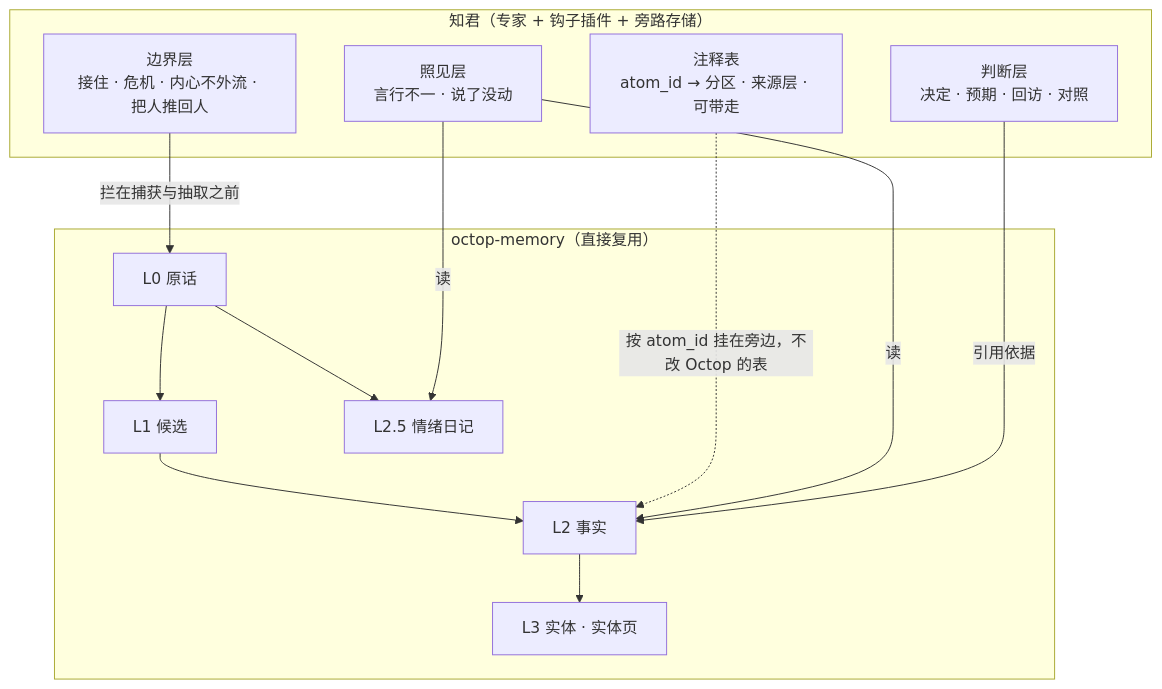
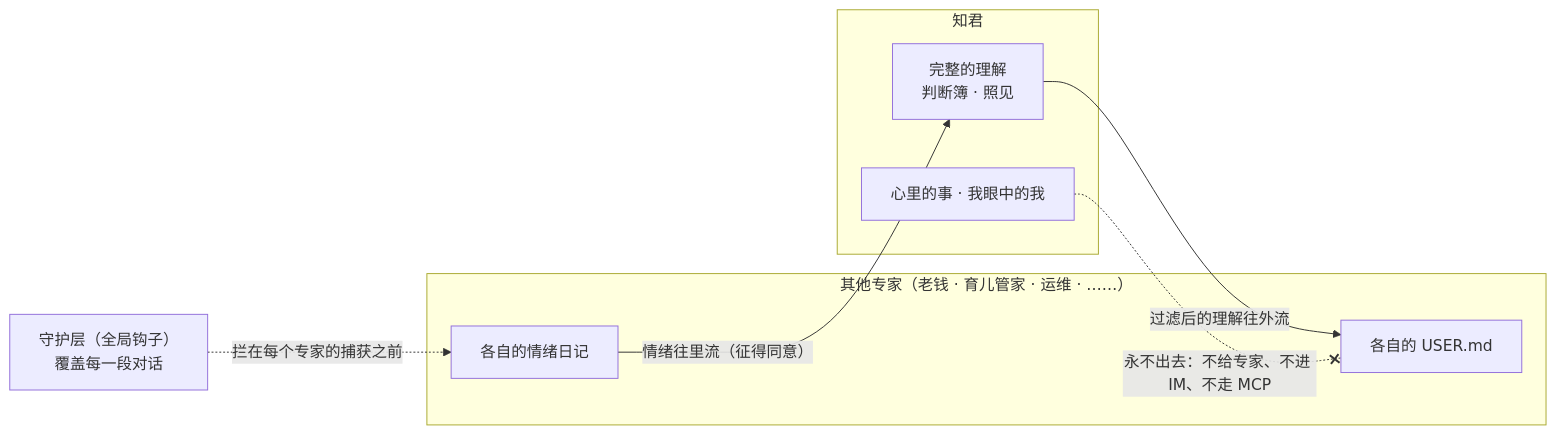
One commit to finewood2008/centaurAI-zhijun changed the diagram in docs/product/ZHIJUN_ON_OCTOP.md. Above: the diagram before and after it, drawn with Mermaid. The commit also changed other lines of this file and 1 other file, not shown here.

First line of the commit message:
知君 on Octop 设计重写：守护层 + 知己，情绪往里流、理解往外流

````diff
--- a/docs/product/ZHIJUN_ON_OCTOP.md
+++ b/docs/product/ZHIJUN_ON_OCTOP.md
@@ -41,19 +40,16 @@
 ```mermaid
-flowchart TB
-    subgraph Z["知君（专家 + 钩子插件 + 旁路存储）"]
-        J["判断层<br/>决定 · 预期 · 回访 · 对照"]
-        T["照见层<br/>言行不一 · 说了没动"]
-        B["边界层<br/>接住 · 危机 · 内心不外流 · 把人推回人"]
-        A["注释表<br/>atom_id → 分区 · 来源层 · 可带走"]
+flowchart LR
+    subgraph X["其他专家（老钱 · 育儿管家 · 运维 · ……）"]
+        E1["各自的情绪日记"]
+        U1["各自的 USER.md"]
     end
-    subgraph O["octop-memory（直接复用）"]
-        L0["L0 原话"] --> L1["L1 候选"] --> L2["L2 事实"]
-        L0 --> E["L2.5 情绪日记"]
-        L2 --> L3["L3 实体 · 实体页"]
+    subgraph Z["知君"]
+        K["完整的理解<br/>判断簿 · 照见"]
+        I["心里的事 · 我眼中的我"]
     end
-    B -- "拦在捕获与抽取之前" --> L0
-    A -. "按 atom_id 挂在旁边，不改 Octop 的表" .-> L2
-    T -- "读" --> L2
-    T -- "读" --> E
-    J -- "引用依据" --> L2
+    G["守护层（全局钩子）<br/>覆盖每一段对话"]
+    E1 -- "情绪往里流（征得同意）" --> K
+    K -- "过滤后的理解往外流" --> U1
+    I -. "永不出去：不给专家、不进 IM、不走 MCP" .-x U1
+    G -. "拦在每个专家的捕获之前" .-> E1
 ```
````
